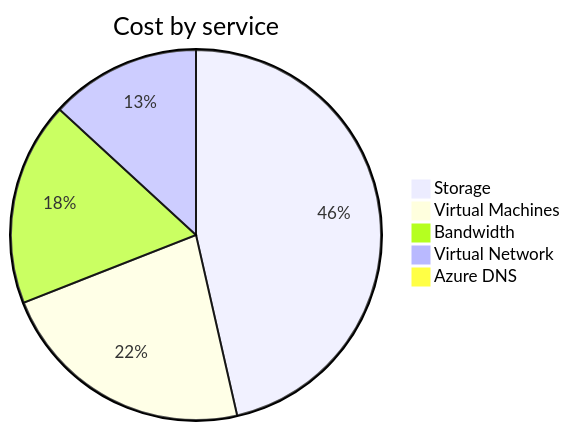
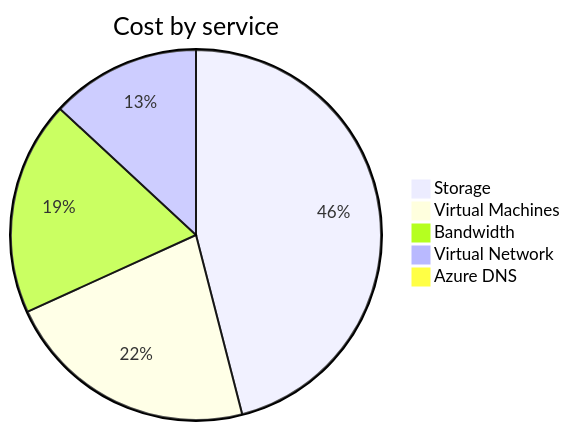
One commit to jpfulton/azure-personal-reports changed the second of 4 diagrams in cost-reports/personal-network/README.md. Above: the diagram before and after it, drawn with Mermaid. The commit also changed other lines of this file and 8 other files, not shown here.

````diff
--- a/cost-reports/personal-network/README.md
+++ b/cost-reports/personal-network/README.md
@@ -99,9 +99,9 @@
 ```mermaid
 pie
    title Cost by service
-   "Storage" : 5.01
-   "Virtual Machines" : 2.44
-   "Bandwidth" : 1.92
-   "Virtual Network" : 1.42
-   "Azure DNS" : 0.10
+   "Storage" : 5.90
+   "Virtual Machines" : 2.85
+   "Bandwidth" : 2.40
+   "Virtual Network" : 1.68
+   "Azure DNS" : 0.11
 ```
````
